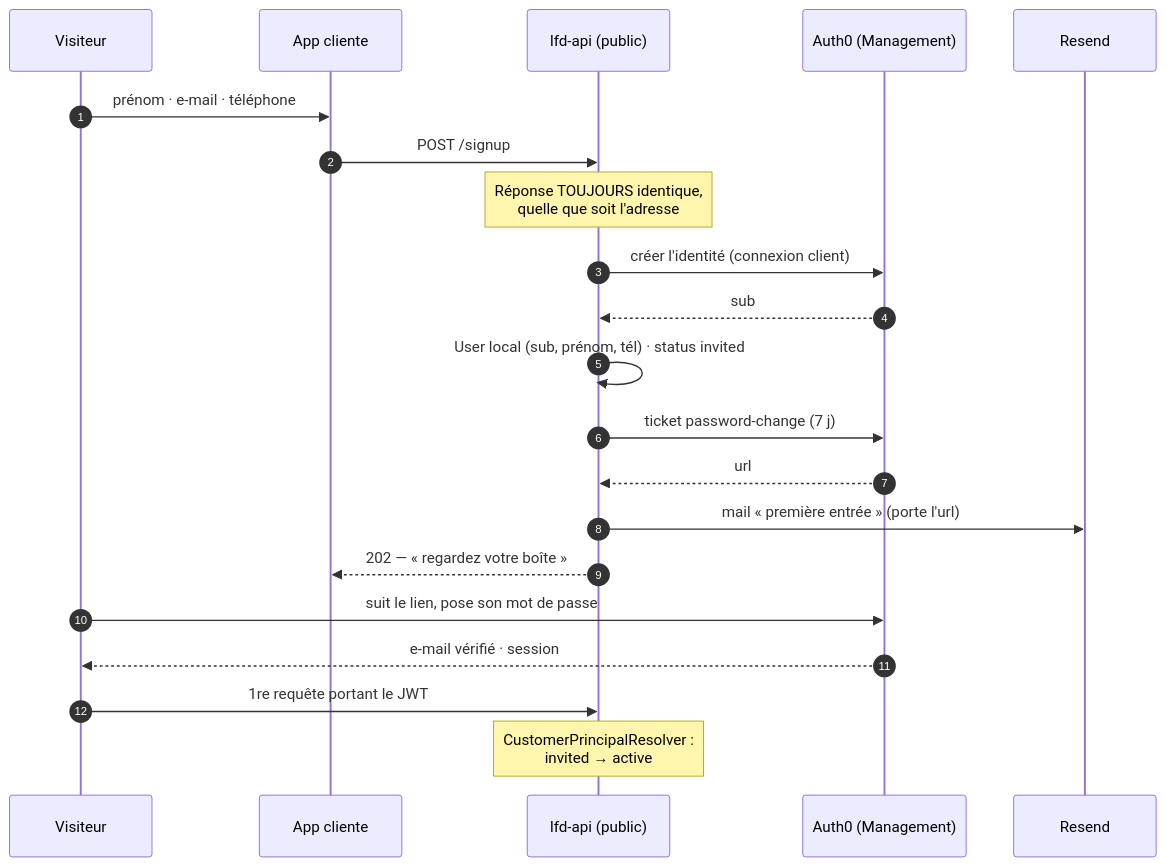
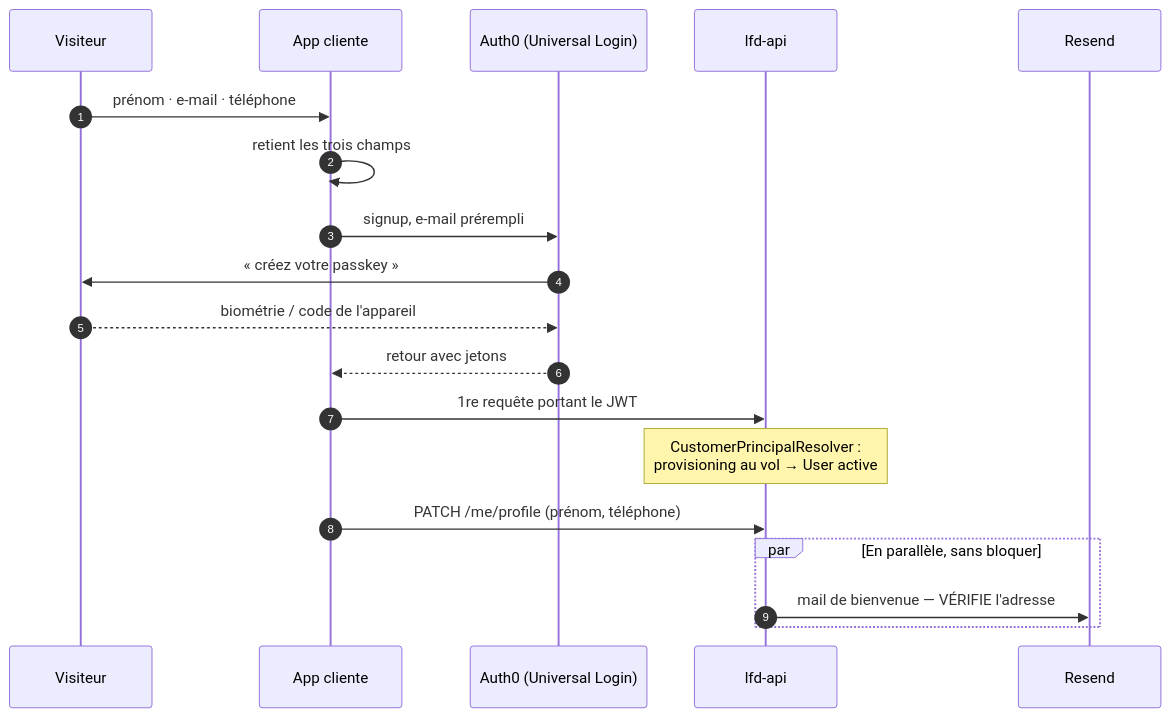
The diagram in documentation/b2b/architecture-inscription-zero-friction.md (hugoheynard/lfd), drawn with Mermaid before and after one commit. The commit also changed other lines of this file and 1 other file, not shown here.

First line of the commit message:
docs(b2b): l'inscription client passe par la PASSKEY, pas par un lien

````diff
--- a/documentation/b2b/architecture-inscription-zero-friction.md
+++ b/documentation/b2b/architecture-inscription-zero-friction.md
@@ -52,24 +48,22 @@
 ```mermaid
 sequenceDiagram
     autonumber
     participant V as Visiteur
     participant F as App cliente
-    participant A as lfd-api (public)
-    participant M as Auth0 (Management)
+    participant U as Auth0 (Universal Login)
+    participant A as lfd-api
     participant R as Resend
 
     V->>F: prénom · e-mail · téléphone
-    F->>A: POST /signup
-    Note over A: Réponse TOUJOURS identique,<br/>quelle que soit l'adresse
-    A->>M: créer l'identité (connexion client)
-    M-->>A: sub
-    A->>A: User local (sub, prénom, tél) · status invited
-    A->>M: ticket password-change (7 j)
-    M-->>A: url
-    A->>R: mail « première entrée » (porte l'url)
-    A-->>F: 202 — « regardez votre boîte »
-    V->>M: suit le lien, pose son mot de passe
-    M-->>V: e-mail vérifié · session
-    V->>A: 1re requête portant le JWT
-    Note over A: CustomerPrincipalResolver :<br/>invited → active
+    F->>F: retient les trois champs
+    F->>U: signup, e-mail prérempli
+    U->>V: « créez votre passkey »
+    V-->>U: biométrie / code de l'appareil
+    U-->>F: retour avec jetons
+    F->>A: 1re requête portant le JWT
+    Note over A: CustomerPrincipalResolver :<br/>provisioning au vol → User active
+    F->>A: PATCH /me/profile (prénom, téléphone)
+    par En parallèle, sans bloquer
+        A->>R: mail de bienvenue — VÉRIFIE l'adresse
+    end
 ```
````
